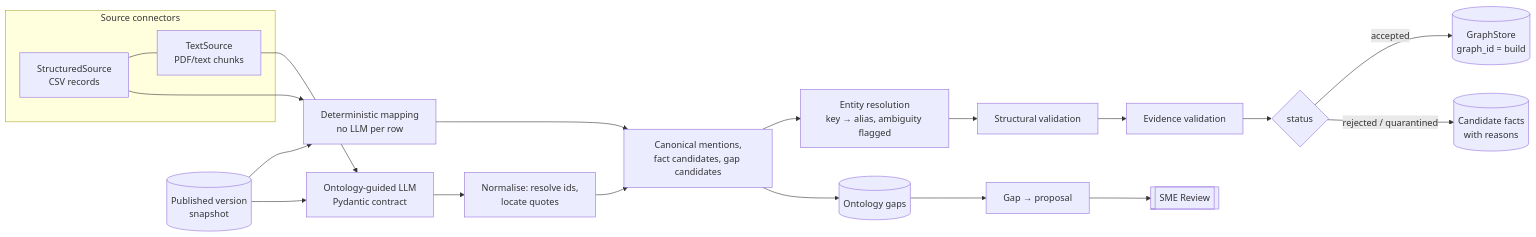
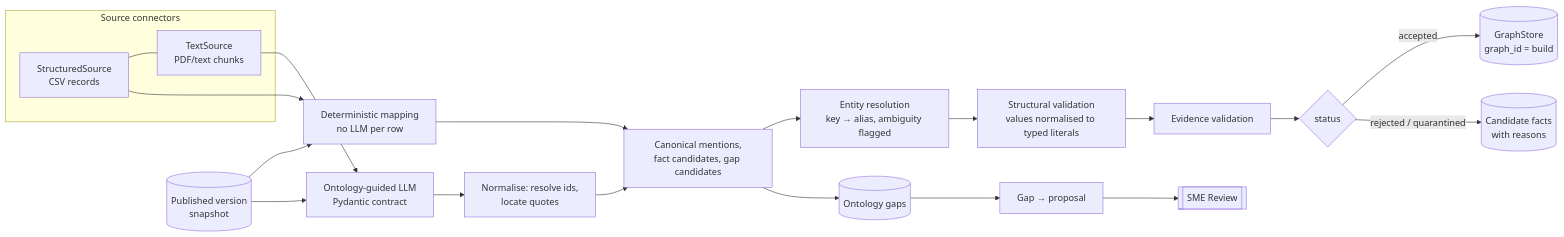
One commit to ShriMLEngineer/ontology-studio changed the sixth of 6 diagrams in docs/ARCHITECTURE.md. Above: the diagram before and after it, drawn with Mermaid. The commit also changed other lines of this file and 17 other files, not shown here.

````diff
--- a/docs/ARCHITECTURE.md
+++ b/docs/ARCHITECTURE.md
@@ -413,19 +414,19 @@
 ```mermaid
 flowchart LR
   subgraph sources [Source connectors]
     csv[StructuredSource<br/>CSV records] --- doc[TextSource<br/>PDF/text chunks]
   end
   ver[(Published version<br/>snapshot)] --> map
   ver --> llm
   csv --> map[Deterministic mapping<br/>no LLM per row]
   doc --> llm[Ontology-guided LLM<br/>Pydantic contract]
   map --> canon[Canonical mentions,<br/>fact candidates, gap candidates]
   llm --> norm[Normalise: resolve ids,<br/>locate quotes] --> canon
   canon --> res[Entity resolution<br/>key → alias, ambiguity flagged]
-  res --> sv[Structural validation]
+  res --> sv[Structural validation<br/>values normalised to typed literals]
   sv --> ev[Evidence validation]
   ev --> st{status}
   st -- accepted --> gs[(GraphStore<br/>graph_id = build)]
   st -- rejected / quarantined --> facts[(Candidate facts<br/>with reasons)]
   canon --> gaps[(Ontology gaps)] --> fb[Gap → proposal] --> review[[SME Review]]
 ```
````
